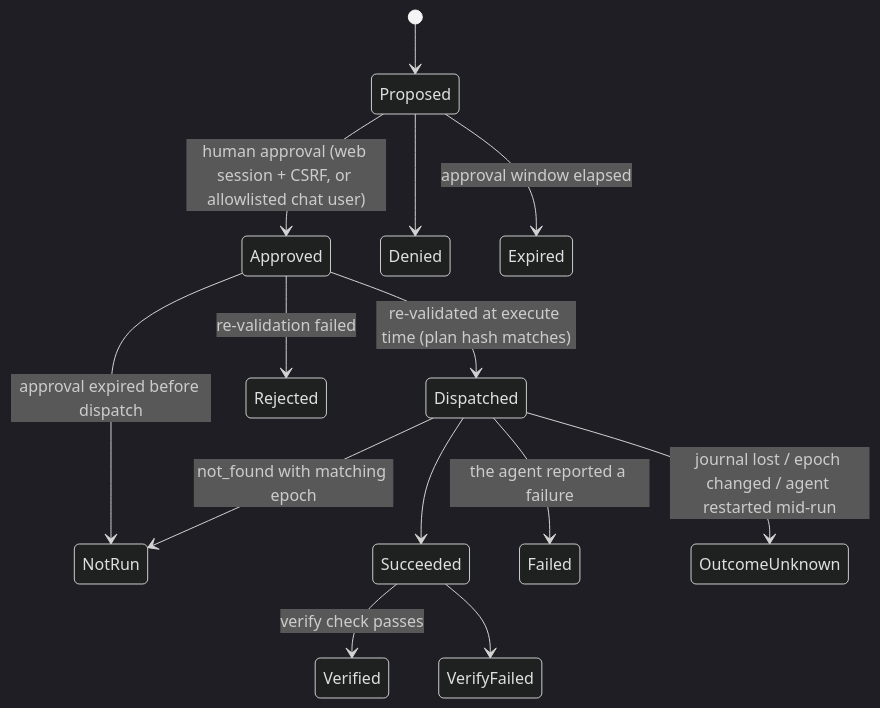
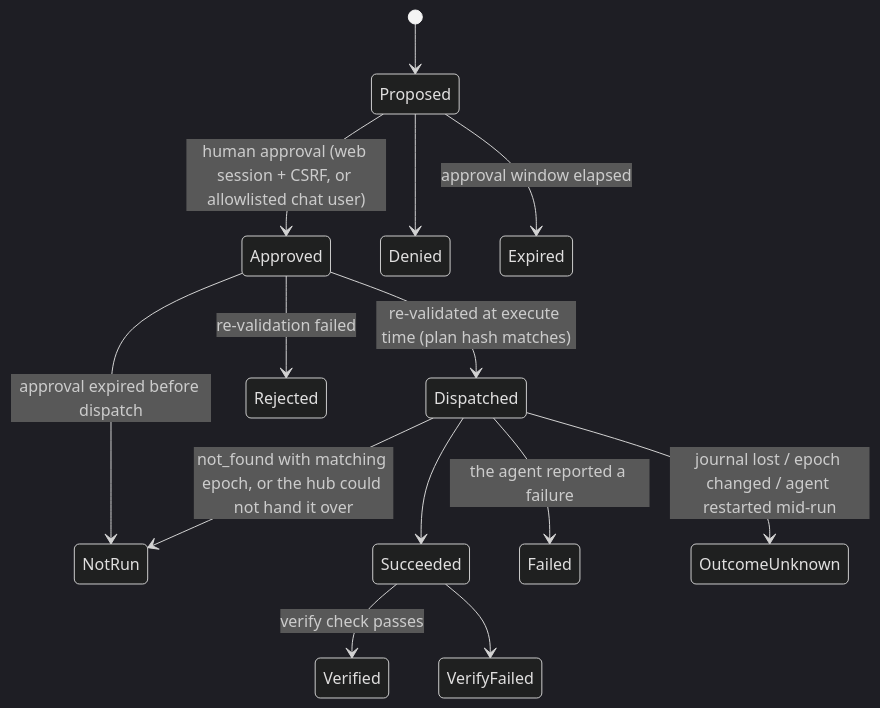
The fourth of 5 diagrams in ARCHITECTURE.md (RoastSlav/domovoi), drawn with Mermaid (dark theme) before and after one commit. The commit also changed 3 other files, not shown here.

Commit message:
docs: say a failed hand-off proves the run never started

````diff
--- a/ARCHITECTURE.md
+++ b/ARCHITECTURE.md
@@ -162,16 +162,16 @@
 ```mermaid
 stateDiagram-v2
   [*] --> Proposed
   Proposed --> Approved: human approval (web session + CSRF, or allowlisted chat user)
   Proposed --> Denied
   Proposed --> Expired: approval window elapsed
   Approved --> Dispatched: re-validated at execute time (plan hash matches)
   Approved --> Rejected: re-validation failed
   Approved --> NotRun: approval expired before dispatch
   Dispatched --> Succeeded
   Dispatched --> Failed: the agent reported a failure
   Dispatched --> OutcomeUnknown: journal lost / epoch changed / agent restarted mid-run
-  Dispatched --> NotRun: not_found with matching epoch
+  Dispatched --> NotRun: not_found with matching epoch, or the hub could not hand it over
   Succeeded --> Verified: verify check passes
   Succeeded --> VerifyFailed
 ```
````
